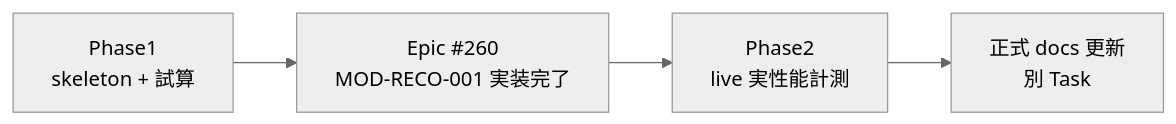
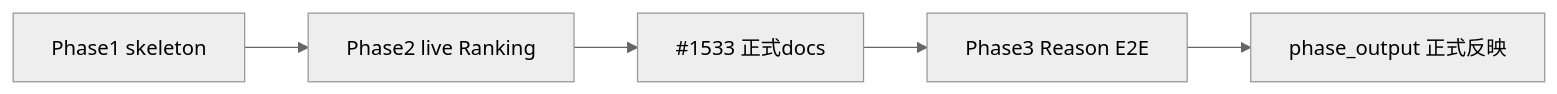
One commit to ryo-chan-k6/GiftRecommendAPP_MVP_CYCLE_3 changed the diagram in docs/90_PoC/性能フィジビリティ/Reco性能フィジビリティ検証計画書.md. Above: the diagram before and after it, drawn with Mermaid (neutral theme). The commit also changed other lines of this file and 5 other files, not shown here.

````diff
--- a/docs/90_PoC/性能フィジビリティ/Reco性能フィジビリティ検証計画書.md
+++ b/docs/90_PoC/性能フィジビリティ/Reco性能フィジビリティ検証計画書.md
@@ -49,10 +52,9 @@
 ```mermaid
 flowchart LR
-  phase1["Phase1\nskeleton + 試算"]
-  epic260["Epic #260\nMOD-RECO-001 実装完了"]
-  phase2["Phase2\nlive 実性能計測"]
-  formalDocs["正式 docs 更新\n別 Task"]
-  phase1 --> epic260
-  epic260 --> phase2
-  phase2 --> formalDocs
+  phase1["Phase1 skeleton"]
+  phase2["Phase2 live Ranking"]
+  formal1533["#1533 正式docs"]
+  phase3["Phase3 Reason E2E"]
+  formalOut["phase_output 正式反映"]
+  phase1 --> phase2 --> formal1533 --> phase3 --> formalOut
 ```
````
